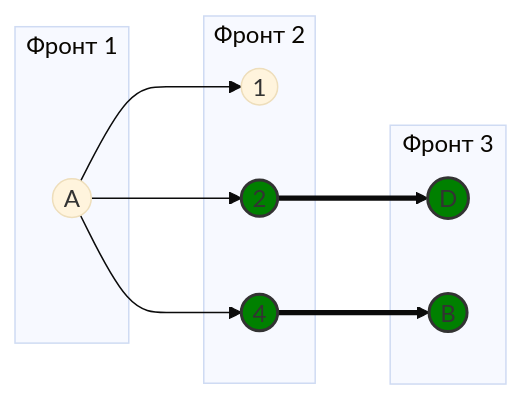
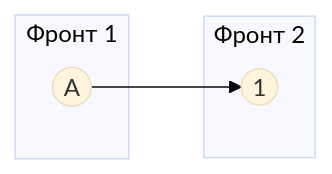
The seventh of 12 diagrams in Задание 8/algosiki.md (algos-ris-24-4/manual-tasks), drawn with Mermaid (base theme) before and after one commit. The commit also changed other lines of this file, not shown here.

````diff
--- a/Задание 8/algosiki.md
+++ b/Задание 8/algosiki.md
@@ -376,23 +376,10 @@
 ```mermaid
 graph LR
     subgraph "Фронт 1"
         A((A))
     end
     subgraph "Фронт 2"
         1((1))
-        2((2))
-        4((4))
-    end
-    subgraph "Фронт 3"
-        D((D))
-        B((B))
     end
     A --> 1
-    A --> 2 ==> D
-    A --> 4 ==> B
-
-    style D fill:#008000,stroke:#333,stroke-width:2px
-    style 2 fill:#008000,stroke:#333,stroke-width:2px
-    style B fill:#008000,stroke:#333,stroke-width:2px
-    style 4 fill:#008000,stroke:#333,stroke-width:2px
 ```
````
